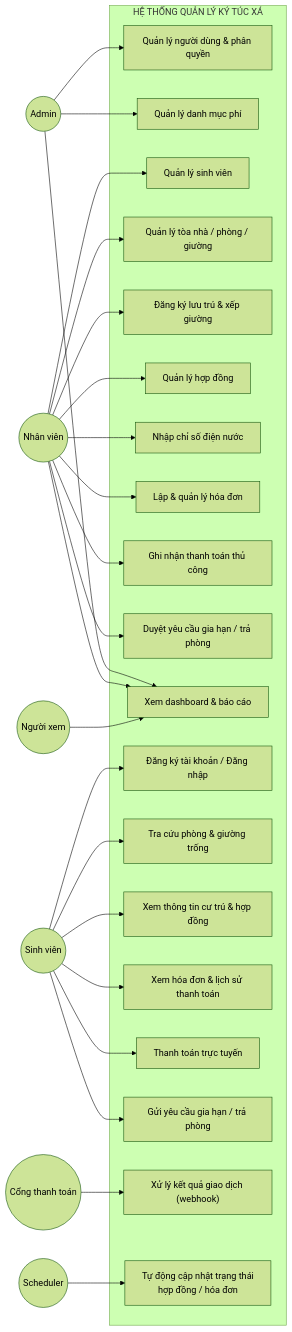
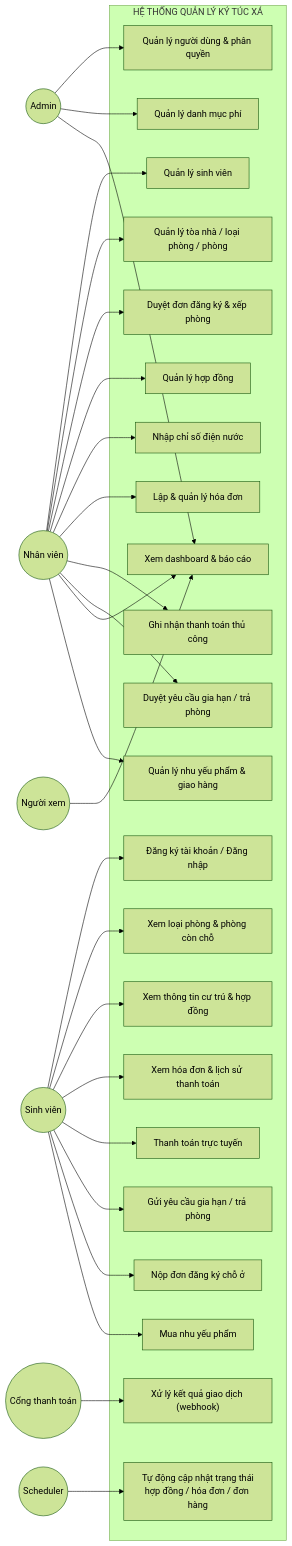
Before and after one commit to NguyenMinh205/FE_QuanLyKTX: the diagram in docs/02-DAC-TA-YEU-CAU.md, drawn with Mermaid (forest theme). The commit also changed other lines of this file and 33 other files, not shown here.

````diff
--- a/docs/02-DAC-TA-YEU-CAU.md
+++ b/docs/02-DAC-TA-YEU-CAU.md
@@ -33,53 +33,59 @@
 ```mermaid
 flowchart LR
     Admin(("Admin"))
     Staff(("Nhân viên"))
     Student(("Sinh viên"))
     Viewer(("Người xem"))
     Gateway(("Cổng thanh toán"))
     Timer(("Scheduler"))
 
     subgraph SYS["HỆ THỐNG QUẢN LÝ KÝ TÚC XÁ"]
         U1["Quản lý người dùng & phân quyền"]
         U2["Quản lý danh mục phí"]
         U3["Quản lý sinh viên"]
-        U4["Quản lý tòa nhà / phòng / giường"]
-        U5["Đăng ký lưu trú & xếp giường"]
+        U4["Quản lý tòa nhà / loại phòng / phòng"]
+        U5["Duyệt đơn đăng ký & xếp phòng"]
         U6["Quản lý hợp đồng"]
         U7["Nhập chỉ số điện nước"]
         U8["Lập & quản lý hóa đơn"]
         U9["Ghi nhận thanh toán thủ công"]
         U10["Duyệt yêu cầu gia hạn / trả phòng"]
         U11["Xem dashboard & báo cáo"]
         U12["Đăng ký tài khoản / Đăng nhập"]
-        U13["Tra cứu phòng & giường trống"]
+        U13["Xem loại phòng & phòng còn chỗ"]
         U14["Xem thông tin cư trú & hợp đồng"]
         U15["Xem hóa đơn & lịch sử thanh toán"]
         U16["Thanh toán trực tuyến"]
         U17["Gửi yêu cầu gia hạn / trả phòng"]
         U18["Xử lý kết quả giao dịch (webhook)"]
-        U19["Tự động cập nhật trạng thái<br/>hợp đồng / hóa đơn"]
+        U19["Tự động cập nhật trạng thái<br/>hợp đồng / hóa đơn / đơn hàng"]
+        U20["Nộp đơn đăng ký chỗ ở"]
+        U21["Mua nhu yếu phẩm"]
+        U22["Quản lý nhu yếu phẩm & giao hàng"]
     end
 
     Admin --> U1
     Admin --> U2
     Admin --> U11
     Staff --> U3
     Staff --> U4
     Staff --> U5
     Staff --> U6
     Staff --> U7
     Staff --> U8
     Staff --> U9
     Staff --> U10
     Staff --> U11
+    Staff --> U22
     Student --> U12
     Student --> U13
     Student --> U14
     Student --> U15
     Student --> U16
     Student --> U17
+    Student --> U20
+    Student --> U21
     Viewer --> U11
     Gateway --> U18
     Timer --> U19
 ```
````
